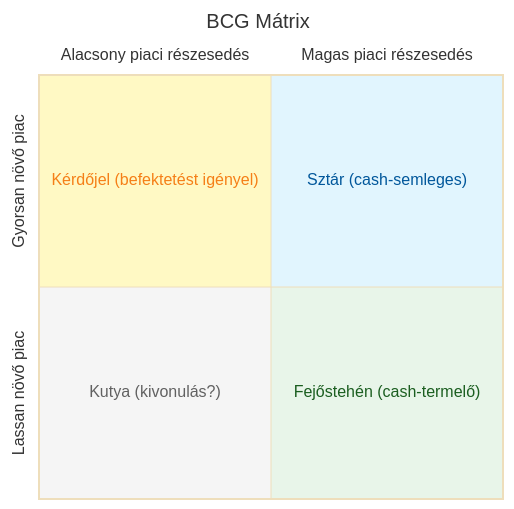
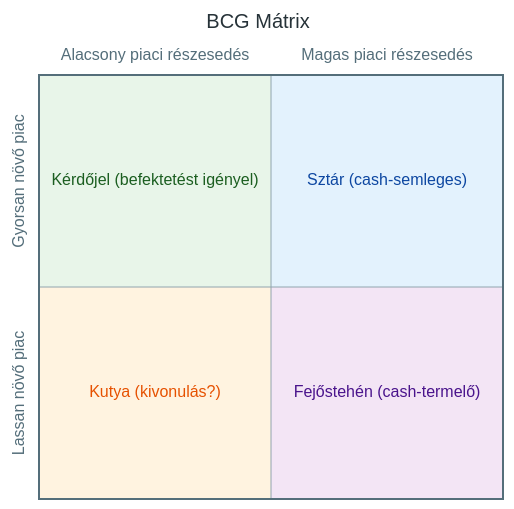
Before and after one commit to denespocsik/MM_BSC_Zarovizsga: the second of 2 diagrams in Tételek/K03-GMXMD1MBLF-Tervezés.tétel.md, drawn with Mermaid. The commit also changed other lines of this file and 34 other files, not shown here.

First line of the commit message:
style(tételek): egységes vizuális arculat a Mermaid-diagramokhoz

````diff
--- a/Tételek/K03-GMXMD1MBLF-Tervezés.tétel.md
+++ b/Tételek/K03-GMXMD1MBLF-Tervezés.tétel.md
@@ -116,11 +100,11 @@
 ```mermaid
-%%{init: { 'theme': 'base', 'themeVariables': { 'quadrant1Fill': '#e1f5fe', 'quadrant2Fill': '#fff9c4', 'quadrant3Fill': '#f5f5f5', 'quadrant4Fill': '#e8f5e9', 'quadrant1TextFill': '#01579b', 'quadrant2TextFill': '#f57f17', 'quadrant3TextFill': '#616161', 'quadrant4TextFill': '#1b5e20', 'titleColor': '#263238' } } }%%
+%%{init: {'theme':'base','themeVariables':{'quadrant1Fill':'#e3f2fd','quadrant2Fill':'#e8f5e9','quadrant3Fill':'#fff3e0','quadrant4Fill':'#f3e5f5','quadrant1TextFill':'#0d47a1','quadrant2TextFill':'#1b5e20','quadrant3TextFill':'#e65100','quadrant4TextFill':'#4a148c','quadrantPointFill':'#546e7a','quadrantPointTextFill':'#263238','quadrantXAxisTextFill':'#546e7a','quadrantYAxisTextFill':'#546e7a','quadrantTitleFill':'#263238','quadrantInternalBorderStrokeFill':'#90a4ae','quadrantExternalBorderStrokeFill':'#546e7a'}}}%%
 quadrantChart
     title BCG Mátrix
     x-axis "Alacsony piaci részesedés" --> "Magas piaci részesedés"
     y-axis "Lassan növő piac" --> "Gyorsan növő piac"
     quadrant-1 "Sztár (cash-semleges)"
     quadrant-2 "Kérdőjel (befektetést igényel)"
     quadrant-3 "Kutya (kivonulás?)"
     quadrant-4 "Fejőstehén (cash-termelő)"
 ```
````
